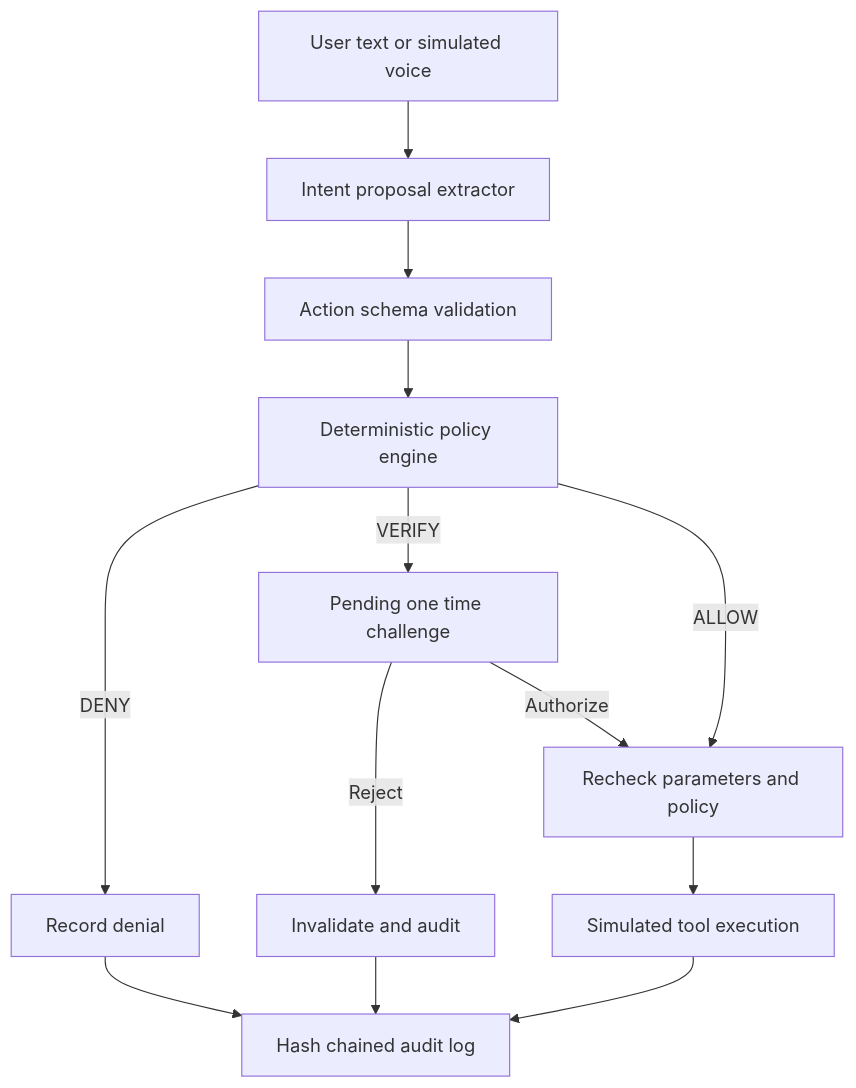
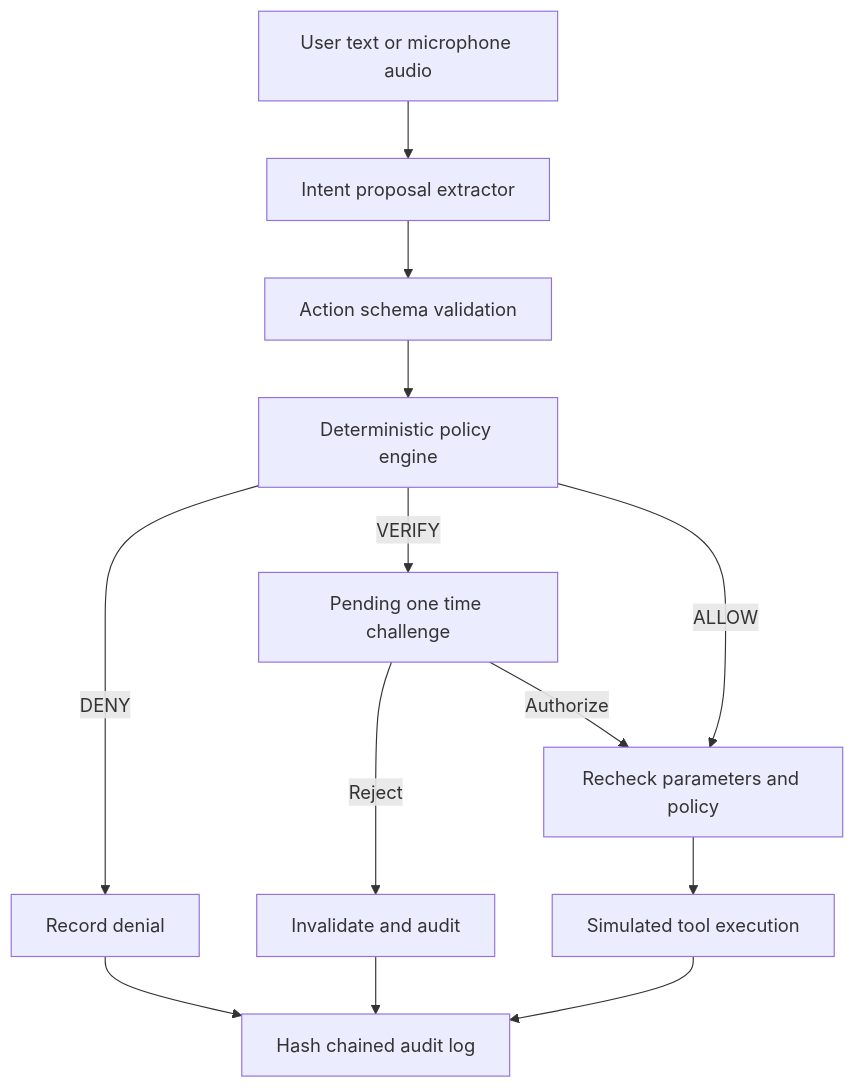
Before and after one commit to OmAmbole009/agentshield: the diagram in README.md, drawn with Mermaid. The commit also changed other lines of this file and 21 other files, not shown here.

````diff
--- a/README.md
+++ b/README.md
@@ -51,15 +52,15 @@
 ```mermaid
 flowchart TD
-  U[User text or simulated voice] --> I[Intent proposal extractor]
+  U[User text or microphone audio] --> I[Intent proposal extractor]
   I --> V[Action schema validation]
   V --> P[Deterministic policy engine]
   P -->|DENY| D[Record denial]
   P -->|VERIFY| H[Pending one time challenge]
   H -->|Reject| R[Invalidate and audit]
   H -->|Authorize| C[Recheck parameters and policy]
   P -->|ALLOW| C
   C --> T[Simulated tool execution]
   T --> A[Hash chained audit log]
   D --> A
   R --> A
 ```
````
